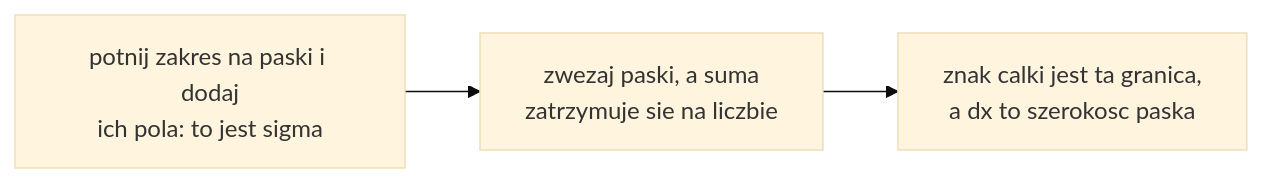
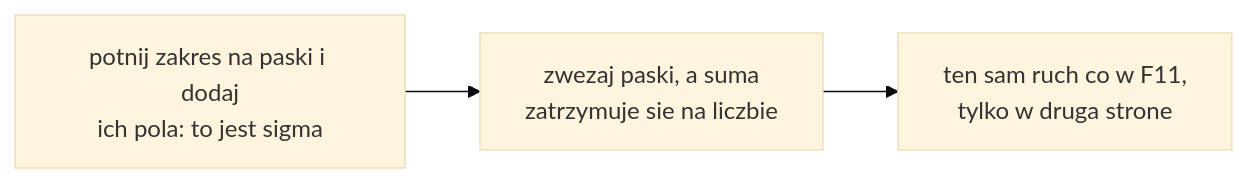
The diagram in figures/mermaid/pl/f13-sum-to-integral.mmd (konradcinkusz/math-for-ai-engineers), drawn with Mermaid (base theme) before and after one commit. The commit also changed 24 other files, not shown here.

```diff
--- a/figures/mermaid/pl/f13-sum-to-integral.mmd
+++ b/figures/mermaid/pl/f13-sum-to-integral.mmd
@@ -1,4 +1,4 @@
 flowchart LR
   A["potnij zakres na paski i dodaj<br/>ich pola: to jest sigma"]
   A --> B["zwezaj paski, a suma<br/>zatrzymuje sie na liczbie"]
-  B --> C["znak calki jest ta granica,<br/>a dx to szerokosc paska"]
+  B --> C["ten sam ruch co w F11,<br/>tylko w druga strone"]
```
